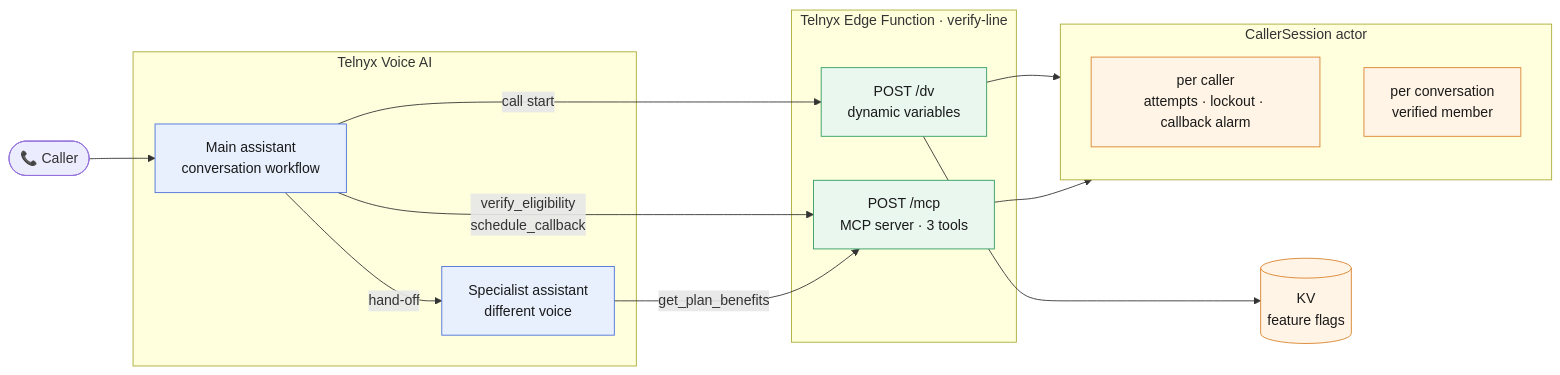
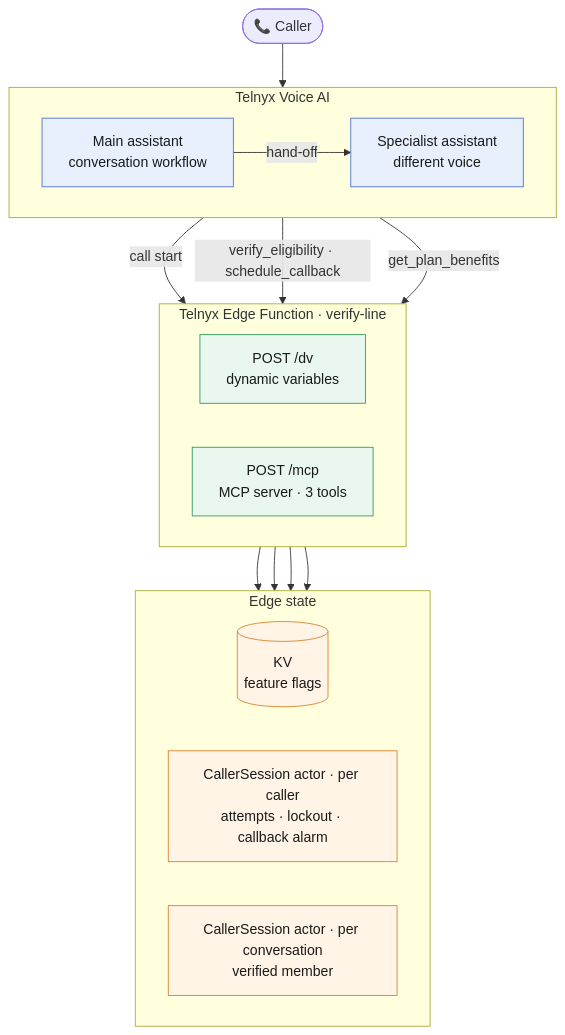
One commit to hud63/riverside-verify-line changed the first of 2 diagrams in README.md. Above: the diagram before and after it, drawn with Mermaid.

Commit message:
Architecture diagram: top-down layout for readability

````diff
--- a/README.md
+++ b/README.md
@@ -15,35 +15,37 @@
 ```mermaid
-flowchart LR
-    caller([📞 Caller]) --> main
+flowchart TB
+    caller(["📞 Caller"]) --> main
 
-    subgraph voice [Telnyx Voice AI]
-        main["Main assistant<br/>conversation workflow"]
-        spec["Specialist assistant<br/>different voice"]
-        main -- "hand-off" --> spec
+    subgraph voice ["Telnyx Voice AI"]
+        direction LR
+        main["Main assistant<br/>conversation workflow"] -- "hand-off" --> spec["Specialist assistant<br/>different voice"]
     end
 
-    subgraph edge [Telnyx Edge Function · verify-line]
+    subgraph edge ["Telnyx Edge Function · verify-line"]
+        direction LR
         dv["POST /dv<br/>dynamic variables"]
         mcp["POST /mcp<br/>MCP server · 3 tools"]
     end
 
+    subgraph state ["Edge state"]
+        direction LR
+        kv[("KV<br/>feature flags")]
+        caller_state["CallerSession actor · per caller<br/>attempts · lockout · callback alarm"]
+        conv_state["CallerSession actor · per conversation<br/>verified member"]
+    end
+
     main -- "call start" --> dv
-    main -- "verify_eligibility<br/>schedule_callback" --> mcp
+    main -- "verify_eligibility · schedule_callback" --> mcp
     spec -- "get_plan_benefits" --> mcp
-
-    dv --> kv[("KV<br/>feature flags")]
-    dv --> actor
-    mcp --> actor
-
-    subgraph actor [CallerSession actor]
-        caller_state["per caller<br/>attempts · lockout · callback alarm"]
-        conv_state["per conversation<br/>verified member"]
-    end
+    dv --> kv
+    dv --> caller_state
+    mcp --> caller_state
+    mcp --> conv_state
 
     classDef ai fill:#e8f0fe,stroke:#4a6fd8,color:#1a1a1a
     classDef fn fill:#e9f7ef,stroke:#2e9b5f,color:#1a1a1a
     classDef store fill:#fff4e5,stroke:#d9822b,color:#1a1a1a
     class main,spec ai
     class dv,mcp fn
     class kv,caller_state,conv_state store
 ```
````
